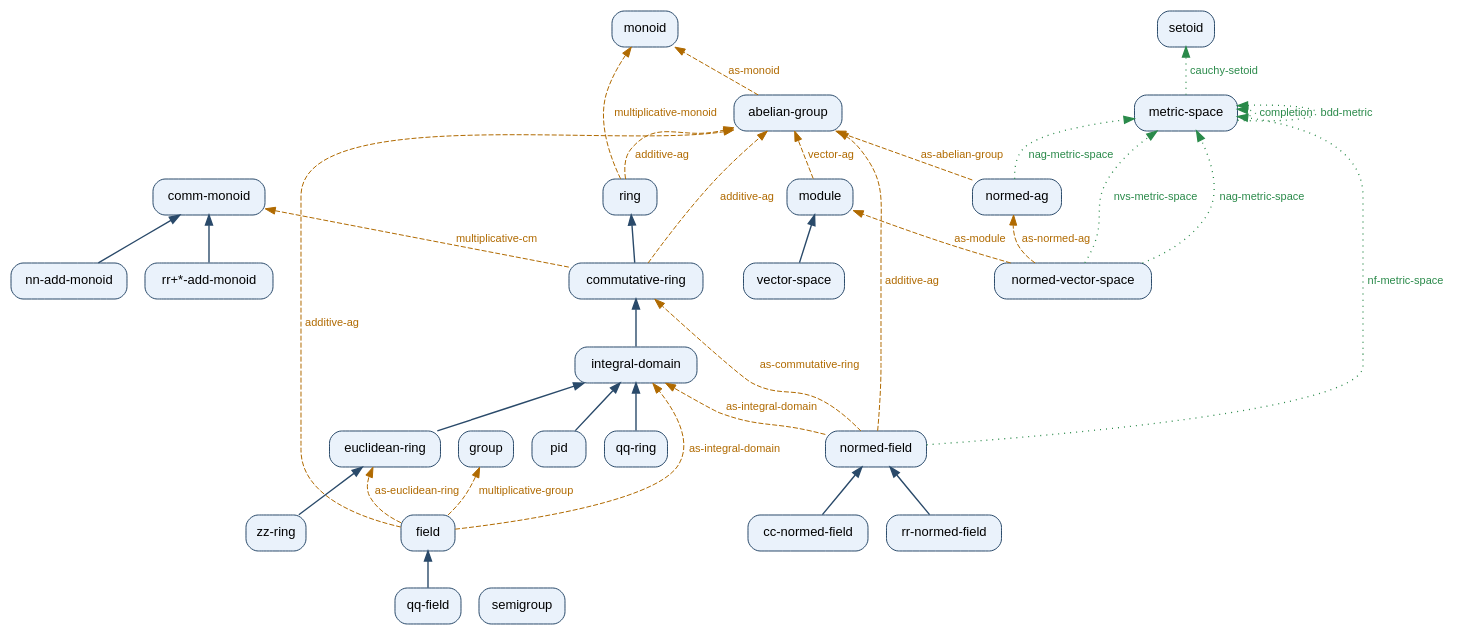
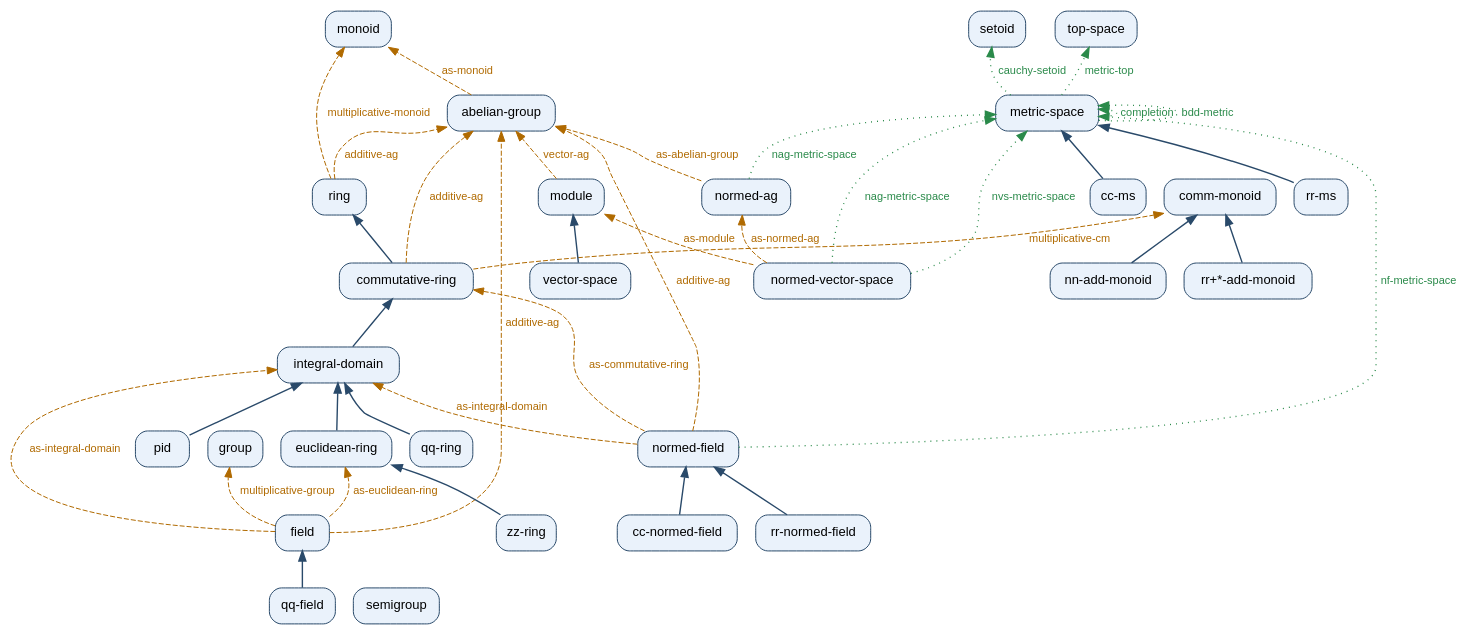
Before and after one commit to JavierThayer/VNB: the diagram in reference/structure-graph.dot, drawn with Graphviz. The commit also changed 88 other files, not shown here.

```diff
--- a/reference/structure-graph.dot
+++ b/reference/structure-graph.dot
@@ -1,73 +1,79 @@
 digraph VNB {
   rankdir=BT;
   bgcolor="white";
   node [shape=box, style="rounded,filled", fillcolor="#eaf2fb", color="#2a4a6a", fontname="Helvetica", fontsize=13];
   edge [fontname="Helvetica", fontsize=11];
 
   "abelian-group" [tooltip="abelian-group -- slots (carr opr iden inv)", URL="structure-graph.html#abelian-group"];
+  "cc-ms" [tooltip="cc-ms -- slots (pts dist)", URL="structure-graph.html#cc-ms"];
   "cc-normed-field" [tooltip="cc-normed-field -- slots (carr add mul neg zero one fnrm)", URL="structure-graph.html#cc-normed-field"];
   "comm-monoid" [tooltip="comm-monoid -- slots (carr opr iden)", URL="structure-graph.html#comm-monoid"];
   "commutative-ring" [tooltip="commutative-ring -- slots (carr add mul neg zero one)", URL="structure-graph.html#commutative-ring"];
   "euclidean-ring" [tooltip="euclidean-ring -- slots (carr add mul neg zero one)", URL="structure-graph.html#euclidean-ring"];
   "field" [tooltip="field -- slots (carr add mul neg zero one non-zero recip)", URL="structure-graph.html#field"];
   "group" [tooltip="group -- slots (carr opr iden inv)", URL="structure-graph.html#group"];
   "integral-domain" [tooltip="integral-domain -- slots (carr add mul neg zero one)", URL="structure-graph.html#integral-domain"];
   "metric-space" [tooltip="metric-space -- slots (pts dist)", URL="structure-graph.html#metric-space"];
   "module" [tooltip="module -- slots (scal vec vadd vzero vneg act)", URL="structure-graph.html#module"];
   "monoid" [tooltip="monoid -- slots (carr opr iden)", URL="structure-graph.html#monoid"];
   "nn-add-monoid" [tooltip="nn-add-monoid -- slots (carr opr iden)", URL="structure-graph.html#nn-add-monoid"];
   "normed-ag" [tooltip="normed-ag -- slots (carr opr iden inv nrm)", URL="structure-graph.html#normed-ag"];
   "normed-field" [tooltip="normed-field -- slots (carr add mul neg zero one fnrm)", URL="structure-graph.html#normed-field"];
   "normed-vector-space" [tooltip="normed-vector-space -- slots (scal vec vadd vzero vneg act vnrm)", URL="structure-graph.html#normed-vector-space"];
   "pid" [tooltip="pid -- slots (carr add mul neg zero one)", URL="structure-graph.html#pid"];
   "qq-field" [tooltip="qq-field -- slots (carr add mul neg zero one non-zero recip)", URL="structure-graph.html#qq-field"];
   "qq-ring" [tooltip="qq-ring -- slots (carr add mul neg zero one)", URL="structure-graph.html#qq-ring"];
   "ring" [tooltip="ring -- slots (carr add mul neg zero one)", URL="structure-graph.html#ring"];
   "rr+*-add-monoid" [tooltip="rr+*-add-monoid -- slots (carr opr iden)", URL="structure-graph.html#rr+*-add-monoid"];
+  "rr-ms" [tooltip="rr-ms -- slots (pts dist)", URL="structure-graph.html#rr-ms"];
   "rr-normed-field" [tooltip="rr-normed-field -- slots (carr add mul neg zero one fnrm)", URL="structure-graph.html#rr-normed-field"];
   "semigroup" [tooltip="semigroup -- slots (carr opr)", URL="structure-graph.html#semigroup"];
   "setoid" [tooltip="setoid -- slots (pts rel)", URL="structure-graph.html#setoid"];
+  "top-space" [tooltip="top-space -- slots (pts opens)", URL="structure-graph.html#top-space"];
   "vector-space" [tooltip="vector-space -- slots (scal vec vadd vzero vneg act)", URL="structure-graph.html#vector-space"];
   "zz-ring" [tooltip="zz-ring -- slots (carr add mul neg zero one)", URL="structure-graph.html#zz-ring"];
 
   // refines (specialisation): child -> parent
+  "rr-ms" -> "metric-space" [color="#2a4a6a", penwidth=1.4, tooltip="rr-ms refines metric-space"];
   "qq-field" -> "field" [color="#2a4a6a", penwidth=1.4, tooltip="qq-field refines field"];
   "pid" -> "integral-domain" [color="#2a4a6a", penwidth=1.4, tooltip="pid refines integral-domain"];
   "commutative-ring" -> "ring" [color="#2a4a6a", penwidth=1.4, tooltip="commutative-ring refines ring"];
   "rr-normed-field" -> "normed-field" [color="#2a4a6a", penwidth=1.4, tooltip="rr-normed-field refines normed-field"];
   "cc-normed-field" -> "normed-field" [color="#2a4a6a", penwidth=1.4, tooltip="cc-normed-field refines normed-field"];
   "zz-ring" -> "euclidean-ring" [color="#2a4a6a", penwidth=1.4, tooltip="zz-ring refines euclidean-ring"];
   "nn-add-monoid" -> "comm-monoid" [color="#2a4a6a", penwidth=1.4, tooltip="nn-add-monoid refines comm-monoid"];
   "vector-space" -> "module" [color="#2a4a6a", penwidth=1.4, tooltip="vector-space refines module"];
   "euclidean-ring" -> "integral-domain" [color="#2a4a6a", penwidth=1.4, tooltip="euclidean-ring refines integral-domain"];
   "integral-domain" -> "commutative-ring" [color="#2a4a6a", penwidth=1.4, tooltip="integral-domain refines commutative-ring"];
+  "cc-ms" -> "metric-space" [color="#2a4a6a", penwidth=1.4, tooltip="cc-ms refines metric-space"];
   "qq-ring" -> "integral-domain" [color="#2a4a6a", penwidth=1.4, tooltip="qq-ring refines integral-domain"];
   "rr+*-add-monoid" -> "comm-monoid" [color="#2a4a6a", penwidth=1.4, tooltip="rr+*-add-monoid refines comm-monoid"];
 
   // view-as (forgetful / component maps): source -> target
+  "ring" -> "abelian-group" [style=dashed, color="#b06a00", fontcolor="#b06a00", label="additive-ag", tooltip="ring-additive-ag :  ring -> abelian-group    (carr add zero neg) |-> (carr opr iden inv)", URL="structure-graph.html#views"];
   "field" -> "euclidean-ring" [style=dashed, color="#b06a00", fontcolor="#b06a00", label="as-euclidean-ring", tooltip="field-as-euclidean-ring :  field -> euclidean-ring    (carr add mul neg zero one) |-> (carr add mul neg zero one)", URL="structure-graph.html#views"];
-  "ring" -> "abelian-group" [style=dashed, color="#b06a00", fontcolor="#b06a00", label="additive-ag", tooltip="ring-additive-ag :  ring -> abelian-group    (carr add zero neg) |-> (carr opr iden inv)", URL="structure-graph.html#views"];
   "normed-vector-space" -> "module" [style=dashed, color="#b06a00", fontcolor="#b06a00", label="as-module", tooltip="normed-vector-space-as-module :  normed-vector-space -> module    (scal vec vadd vzero vneg act) |-> (scal vec vadd vzero vneg act)", URL="structure-graph.html#views"];
   "normed-vector-space" -> "normed-ag" [style=dashed, color="#b06a00", fontcolor="#b06a00", label="as-normed-ag", tooltip="normed-vector-space-as-normed-ag :  normed-vector-space -> normed-ag    (vec vadd vzero vneg vnrm) |-> (carr opr iden inv nrm)", URL="structure-graph.html#views"];
   "field" -> "integral-domain" [style=dashed, color="#b06a00", fontcolor="#b06a00", label="as-integral-domain", tooltip="field-as-integral-domain :  field -> integral-domain    (carr add mul neg zero one) |-> (carr add mul neg zero one)", URL="structure-graph.html#views"];
+  "commutative-ring" -> "comm-monoid" [style=dashed, color="#b06a00", fontcolor="#b06a00", label="multiplicative-cm", tooltip="commutative-ring-multiplicative-cm :  commutative-ring -> comm-monoid    (carr mul one) |-> (carr opr iden)", URL="structure-graph.html#views"];
+  "field" -> "group" [style=dashed, color="#b06a00", fontcolor="#b06a00", label="multiplicative-group", tooltip="field-multiplicative-group :  field -> group    (non-zero mul one recip) |-> (carr opr iden inv)", URL="structure-graph.html#views"];
+  "ring" -> "monoid" [style=dashed, color="#b06a00", fontcolor="#b06a00", label="multiplicative-monoid", tooltip="ring-multiplicative-monoid :  ring -> monoid    (carr mul one) |-> (carr opr iden)", URL="structure-graph.html#views"];
   "field" -> "abelian-group" [style=dashed, color="#b06a00", fontcolor="#b06a00", label="additive-ag", tooltip="field-additive-ag :  field -> abelian-group    (carr add zero neg) |-> (carr opr iden inv)", URL="structure-graph.html#views"];
-  "ring" -> "monoid" [style=dashed, color="#b06a00", fontcolor="#b06a00", label="multiplicative-monoid", tooltip="ring-multiplicative-monoid :  ring -> monoid    (carr mul one) |-> (carr opr iden)", URL="structure-graph.html#views"];
-  "field" -> "group" [style=dashed, color="#b06a00", fontcolor="#b06a00", label="multiplicative-group", tooltip="field-multiplicative-group :  field -> group    (non-zero mul one recip) |-> (carr opr iden inv)", URL="structure-graph.html#views"];
-  "commutative-ring" -> "comm-monoid" [style=dashed, color="#b06a00", fontcolor="#b06a00", label="multiplicative-cm", tooltip="commutative-ring-multiplicative-cm :  commutative-ring -> comm-monoid    (carr mul one) |-> (carr opr iden)", URL="structure-graph.html#views"];
   "abelian-group" -> "monoid" [style=dashed, color="#b06a00", fontcolor="#b06a00", label="as-monoid", tooltip="abelian-group-as-monoid :  abelian-group -> monoid    (carr opr iden) |-> (carr opr iden)", URL="structure-graph.html#views"];
   "module" -> "abelian-group" [style=dashed, color="#b06a00", fontcolor="#b06a00", label="vector-ag", tooltip="module-vector-ag :  module -> abelian-group    (vec vadd vzero vneg) |-> (carr opr iden inv)", URL="structure-graph.html#views"];
+  "normed-ag" -> "abelian-group" [style=dashed, color="#b06a00", fontcolor="#b06a00", label="as-abelian-group", tooltip="normed-ag-as-abelian-group :  normed-ag -> abelian-group    (carr opr iden inv) |-> (carr opr iden inv)", URL="structure-graph.html#views"];
+  "commutative-ring" -> "abelian-group" [style=dashed, color="#b06a00", fontcolor="#b06a00", label="additive-ag", tooltip="commutative-ring-additive-ag :  commutative-ring -> abelian-group    (carr add zero neg) |-> (carr opr iden inv)", URL="structure-graph.html#views"];
   "normed-field" -> "integral-domain" [style=dashed, color="#b06a00", fontcolor="#b06a00", label="as-integral-domain", tooltip="normed-field-as-integral-domain :  normed-field -> integral-domain    (carr add mul neg zero one) |-> (carr add mul neg zero one)", URL="structure-graph.html#views"];
-  "commutative-ring" -> "abelian-group" [style=dashed, color="#b06a00", fontcolor="#b06a00", label="additive-ag", tooltip="commutative-ring-additive-ag :  commutative-ring -> abelian-group    (carr add zero neg) |-> (carr opr iden inv)", URL="structure-graph.html#views"];
-  "normed-ag" -> "abelian-group" [style=dashed, color="#b06a00", fontcolor="#b06a00", label="as-abelian-group", tooltip="normed-ag-as-abelian-group :  normed-ag -> abelian-group    (carr opr iden inv) |-> (carr opr iden inv)", URL="structure-graph.html#views"];
   "normed-field" -> "commutative-ring" [style=dashed, color="#b06a00", fontcolor="#b06a00", label="as-commutative-ring", tooltip="normed-field-as-commutative-ring :  normed-field -> commutative-ring    (carr add mul neg zero one) |-> (carr add mul neg zero one)", URL="structure-graph.html#views"];
   "normed-field" -> "abelian-group" [style=dashed, color="#b06a00", fontcolor="#b06a00", label="additive-ag", tooltip="normed-field-additive-ag :  normed-field -> abelian-group    (carr add zero neg) |-> (carr opr iden inv)", URL="structure-graph.html#views"];
 
   // bridges (structure-valued functoids): source -> target
   "normed-vector-space" -> "metric-space" [style=dotted, color="#2a8a4a", fontcolor="#2a8a4a", penwidth=1.3, label="nag-metric-space", tooltip="nag-metric-space :  normed-vector-space -> metric-space    (constructor functoid)", URL="structure-graph.html#metric-space"];
+  "metric-space" -> "top-space" [style=dotted, color="#2a8a4a", fontcolor="#2a8a4a", penwidth=1.3, label="metric-top", tooltip="metric-top :  metric-space -> top-space    (constructor functoid)", URL="structure-graph.html#top-space"];
   "normed-ag" -> "metric-space" [style=dotted, color="#2a8a4a", fontcolor="#2a8a4a", penwidth=1.3, label="nag-metric-space", tooltip="nag-metric-space :  normed-ag -> metric-space    (constructor functoid)", URL="structure-graph.html#metric-space"];
   "normed-field" -> "metric-space" [style=dotted, color="#2a8a4a", fontcolor="#2a8a4a", penwidth=1.3, label="nf-metric-space", tooltip="nf-metric-space :  normed-field -> metric-space    (constructor functoid)", URL="structure-graph.html#metric-space"];
   "metric-space" -> "metric-space" [style=dotted, color="#2a8a4a", fontcolor="#2a8a4a", penwidth=1.3, label="completion", tooltip="completion :  metric-space -> metric-space    (constructor functoid)", URL="structure-graph.html#metric-space"];
   "metric-space" -> "metric-space" [style=dotted, color="#2a8a4a", fontcolor="#2a8a4a", penwidth=1.3, label="bdd-metric", tooltip="bdd-metric :  metric-space -> metric-space    (constructor functoid)", URL="structure-graph.html#metric-space"];
   "normed-vector-space" -> "metric-space" [style=dotted, color="#2a8a4a", fontcolor="#2a8a4a", penwidth=1.3, label="nvs-metric-space", tooltip="nvs-metric-space :  normed-vector-space -> metric-space    (constructor functoid)", URL="structure-graph.html#metric-space"];
   "metric-space" -> "setoid" [style=dotted, color="#2a8a4a", fontcolor="#2a8a4a", penwidth=1.3, label="cauchy-setoid", tooltip="cauchy-setoid :  metric-space -> setoid    (constructor functoid)", URL="structure-graph.html#setoid"];
 }
```
